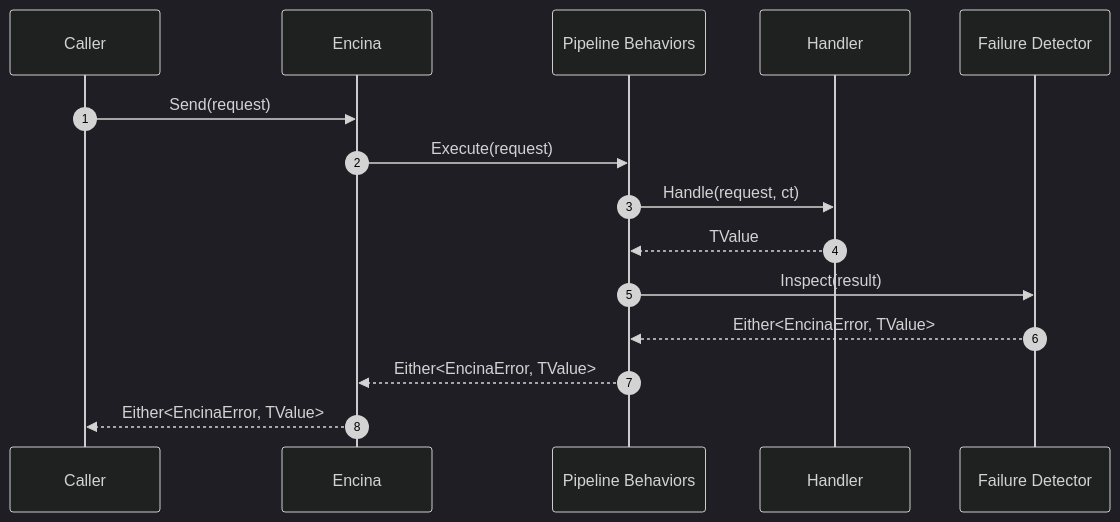
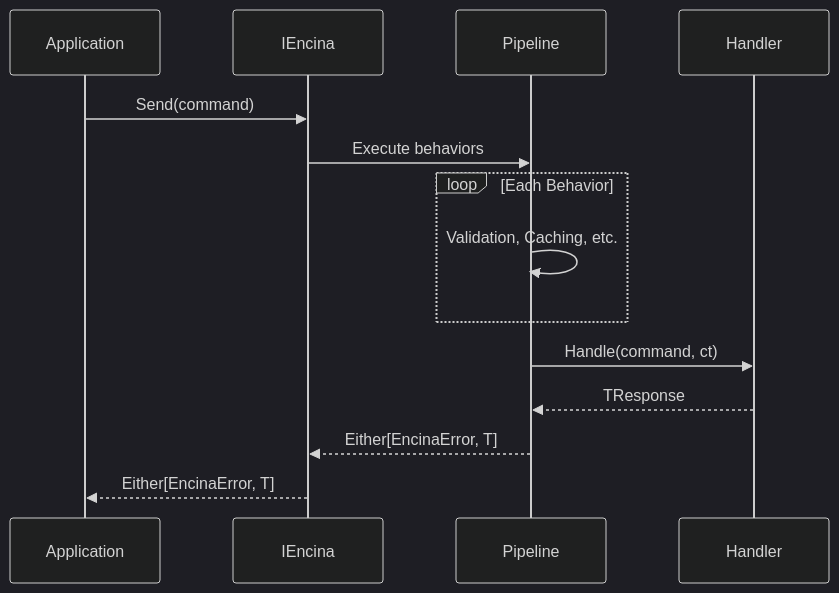
One commit to dlrivada/Encina changed the second of 4 diagrams in README.md. Above: the diagram before and after it, drawn with Mermaid (dark theme). The commit also changed other lines of this file, not shown here.

First line of the commit message:
docs: rewrite README with accurate information and Mermaid diagrams

````diff
--- a/README.md
+++ b/README.md
@@ -295,18 +114,19 @@
 ```mermaid
 sequenceDiagram
-    autonumber
-    participant Caller
-    participant Encina
-    participant Pipeline as Pipeline Behaviors
+    participant App as Application
+    participant Enc as IEncina
+    participant Pipe as Pipeline
     participant Handler
-    participant FailureDetector as Failure Detector
 
-    Caller->>Encina: Send(request)
-    Encina->>Pipeline: Execute(request)
-    Pipeline->>Handler: Handle(request, ct)
-    Handler-->>Pipeline: TValue
-    Pipeline->>FailureDetector: Inspect(result)
-    FailureDetector-->>Pipeline: Either<EncinaError, TValue>
-    Pipeline-->>Encina: Either<EncinaError, TValue>
-    Encina-->>Caller: Either<EncinaError, TValue>
+    App->>Enc: Send(command)
+    Enc->>Pipe: Execute behaviors
+
+    loop Each Behavior
+        Pipe->>Pipe: Validation, Caching, etc.
+    end
+
+    Pipe->>Handler: Handle(command, ct)
+    Handler-->>Pipe: TResponse
+    Pipe-->>Enc: Either[EncinaError, T]
+    Enc-->>App: Either[EncinaError, T]
 ```
````
